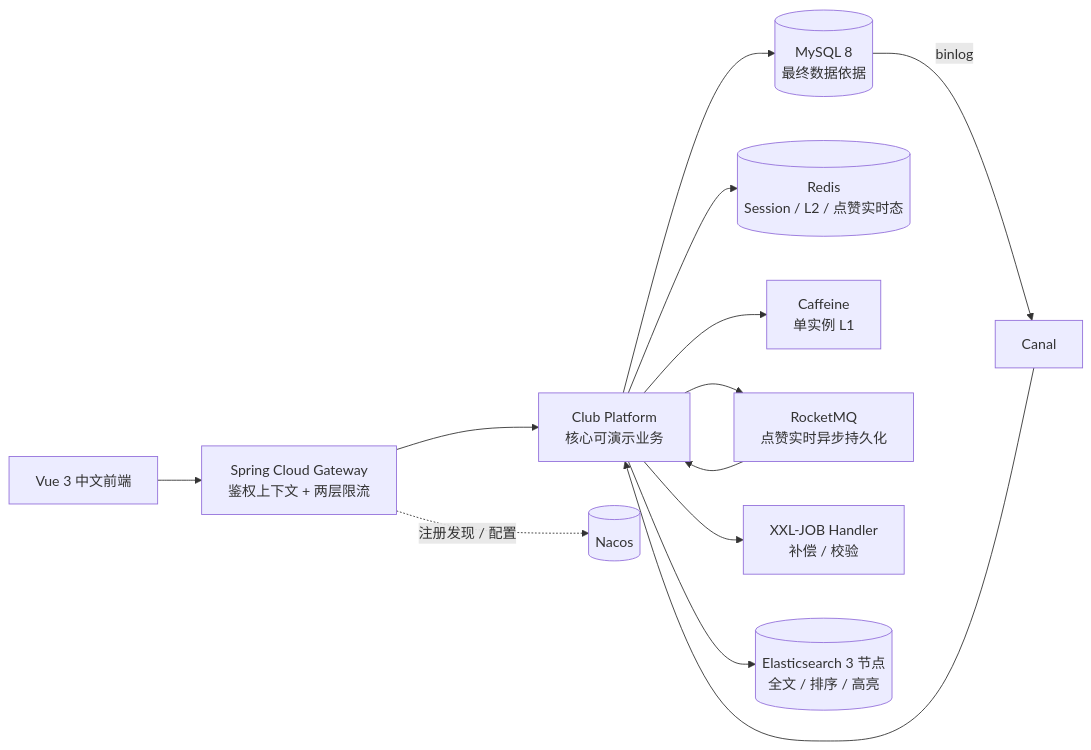
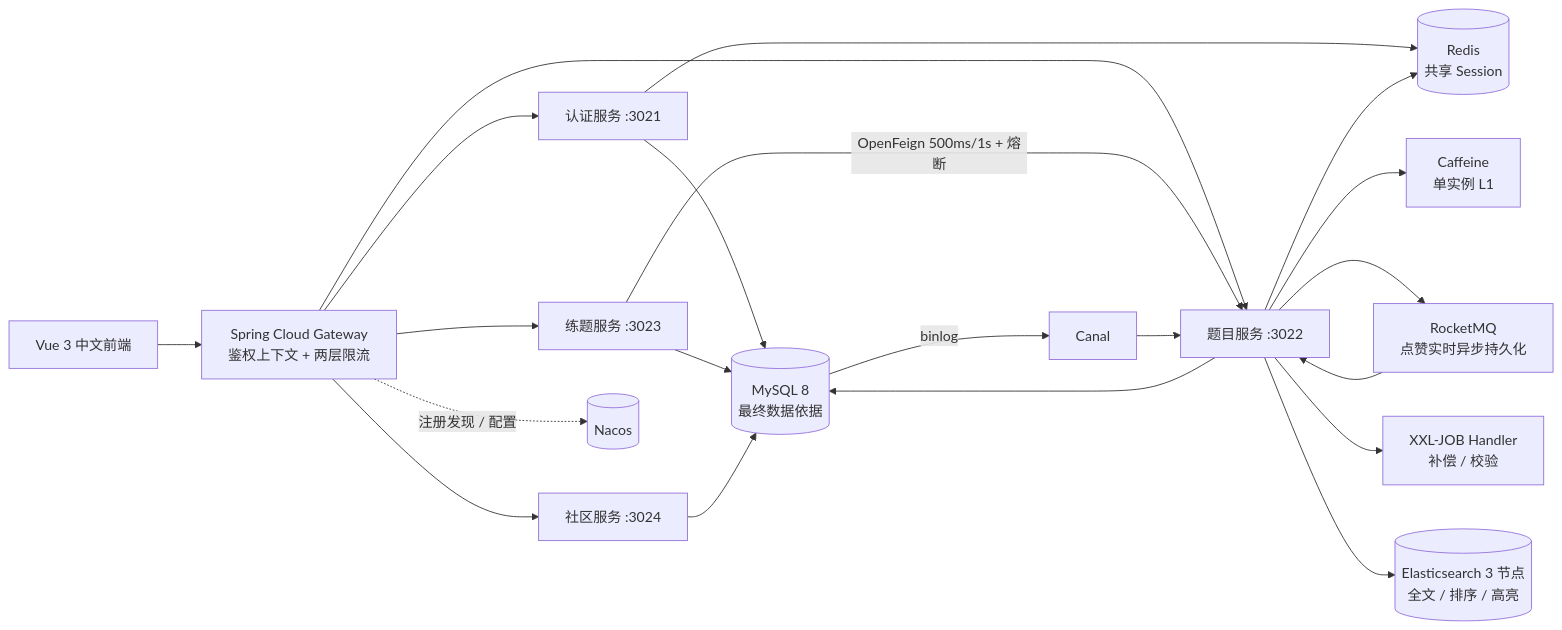
One commit to xianspiderman/dyh-interview-club changed the first of 3 diagrams in README.md. Above: the diagram before and after it, drawn with Mermaid. The commit also changed other lines of this file and 69 other files, not shown here.

````diff
--- a/README.md
+++ b/README.md
@@ -20,15 +22,23 @@
 ```mermaid
 flowchart LR
     Browser["Vue 3 中文前端"] --> Gateway["Spring Cloud Gateway<br/>鉴权上下文 + 两层限流"]
-    Gateway --> Platform["Club Platform<br/>核心可演示业务"]
+    Gateway --> Auth["认证服务 :3021"]
+    Gateway --> Subject["题目服务 :3022"]
+    Gateway --> Practice["练题服务 :3023"]
+    Gateway --> Circle["社区服务 :3024"]
     Gateway -. "注册发现 / 配置" .-> Nacos[(Nacos)]
-    Platform --> MySQL[(MySQL 8<br/>最终数据依据)]
-    Platform --> Redis[(Redis<br/>Session / L2 / 点赞实时态)]
-    Platform --> Caffeine["Caffeine<br/>单实例 L1"]
-    Platform --> RocketMQ["RocketMQ<br/>点赞实时异步持久化"]
-    RocketMQ --> Platform
-    Platform --> XXL["XXL-JOB Handler<br/>补偿 / 校验"]
+    Auth --> MySQL[(MySQL 8<br/>最终数据依据)]
+    Auth --> Redis[(Redis<br/>共享 Session)]
+    Subject --> MySQL
+    Subject --> Redis
+    Subject --> Caffeine["Caffeine<br/>单实例 L1"]
+    Subject --> RocketMQ["RocketMQ<br/>点赞实时异步持久化"]
+    RocketMQ --> Subject
+    Subject --> XXL["XXL-JOB Handler<br/>补偿 / 校验"]
+    Practice -->|"OpenFeign 500ms/1s + 熔断"| Subject
+    Practice --> MySQL
+    Circle --> MySQL
     MySQL -->|binlog| Canal[Canal]
-    Canal --> Platform
-    Platform --> ES[(Elasticsearch 3 节点<br/>全文 / 排序 / 高亮)]
+    Canal --> Subject
+    Subject --> ES[(Elasticsearch 3 节点<br/>全文 / 排序 / 高亮)]
 ```
````
